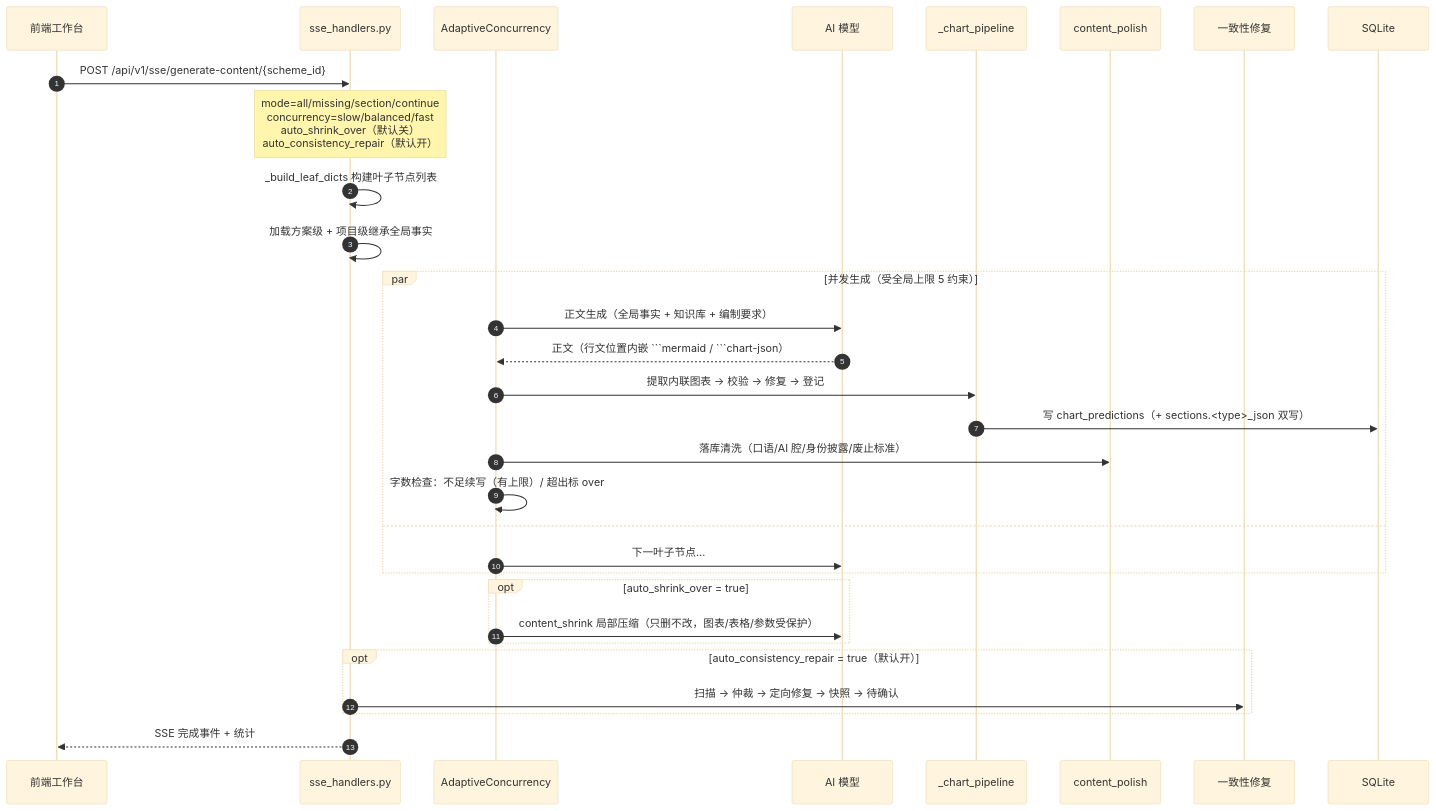
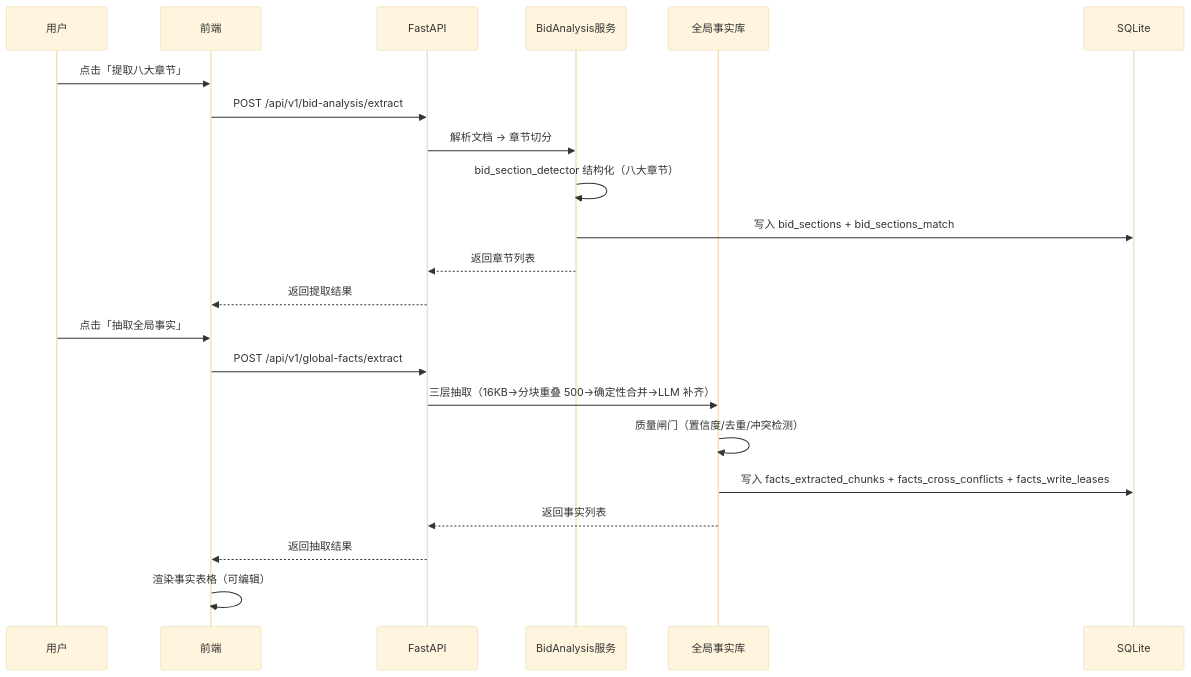
Before and after one commit to he-fei-ai/bidforge-jiangong: diagram 13 of 34 in docs/技术架构文档.MD, drawn with Mermaid (base theme). The commit also changed other lines of this file and 2 other files, not shown here.

First line of the commit message:
docs: 主文档更新至 v5.4，合并 v5.3 图集并对齐 2026-11-09 实测数字

````diff
--- a/docs/技术架构文档.MD
+++ b/docs/技术架构文档.MD
@@ -594,33 +767,26 @@
 ```mermaid
 sequenceDiagram
-    autonumber
-    participant U as 前端工作台
-    participant S as sse_handlers.py
-    participant C as AdaptiveConcurrency
-    participant A as AI 模型
-    participant CP as _chart_pipeline
-    participant PL as content_polish
-    participant R as 一致性修复
+    participant U as 用户
+    participant F as 前端
+    participant A as FastAPI
+    participant B as BidAnalysis服务
+    participant G as 全局事实库
     participant D as SQLite
-    U->>S: POST /api/v1/sse/generate-content/{scheme_id}
-    Note over S: mode=all/missing/section/continue<br/>concurrency=slow/balanced/fast<br/>auto_shrink_over（默认关）<br/>auto_consistency_repair（默认开）
-    S->>S: _build_leaf_dicts 构建叶子节点列表
-    S->>S: 加载方案级 + 项目级继承全局事实
-    par 并发生成（受全局上限 5 约束）
-        C->>A: 正文生成（全局事实 + 知识库 + 编制要求）
-        A-->>C: 正文（行文位置内嵌 ```mermaid / ```chart-json）
-        C->>CP: 提取内联图表 → 校验 → 修复 → 登记
-        CP->>D: 写 chart_predictions（+ sections.<type>_json 双写）
-        C->>PL: 落库清洗（口语/AI 腔/身份披露/废止标准）
-        C->>C: 字数检查：不足续写（有上限）/ 超出标 over
-    and
-        C->>A: 下一叶子节点...
-    end
-    opt auto_shrink_over = true
-        C->>A: content_shrink 局部压缩（只删不改，图表/表格/参数受保护）
-    end
-    opt auto_consistency_repair = true（默认开）
-        S->>R: 扫描 → 仲裁 → 定向修复 → 快照 → 待确认
-    end
-    S-->>U: SSE 完成事件 + 统计
+
+    U->>F: 点击「提取八大章节」
+    F->>A: POST /api/v1/bid-analysis/extract
+    A->>B: 解析文档 → 章节切分
+    B->>B: bid_section_detector 结构化（八大章节）
+    B->>D: 写入 bid_sections + bid_sections_match
+    B-->>A: 返回章节列表
+    A-->>F: 返回提取结果
+
+    U->>F: 点击「抽取全局事实」
+    F->>A: POST /api/v1/global-facts/extract
+    A->>G: 三层抽取（16KB→分块重叠 500→确定性合并→LLM 补齐）
+    G->>G: 质量闸门（置信度/去重/冲突检测）
+    G->>D: 写入 facts_extracted_chunks + facts_cross_conflicts + facts_write_leases
+    G-->>A: 返回事实列表
+    A-->>F: 返回抽取结果
+    F->>F: 渲染事实表格（可编辑）
 ```
````
